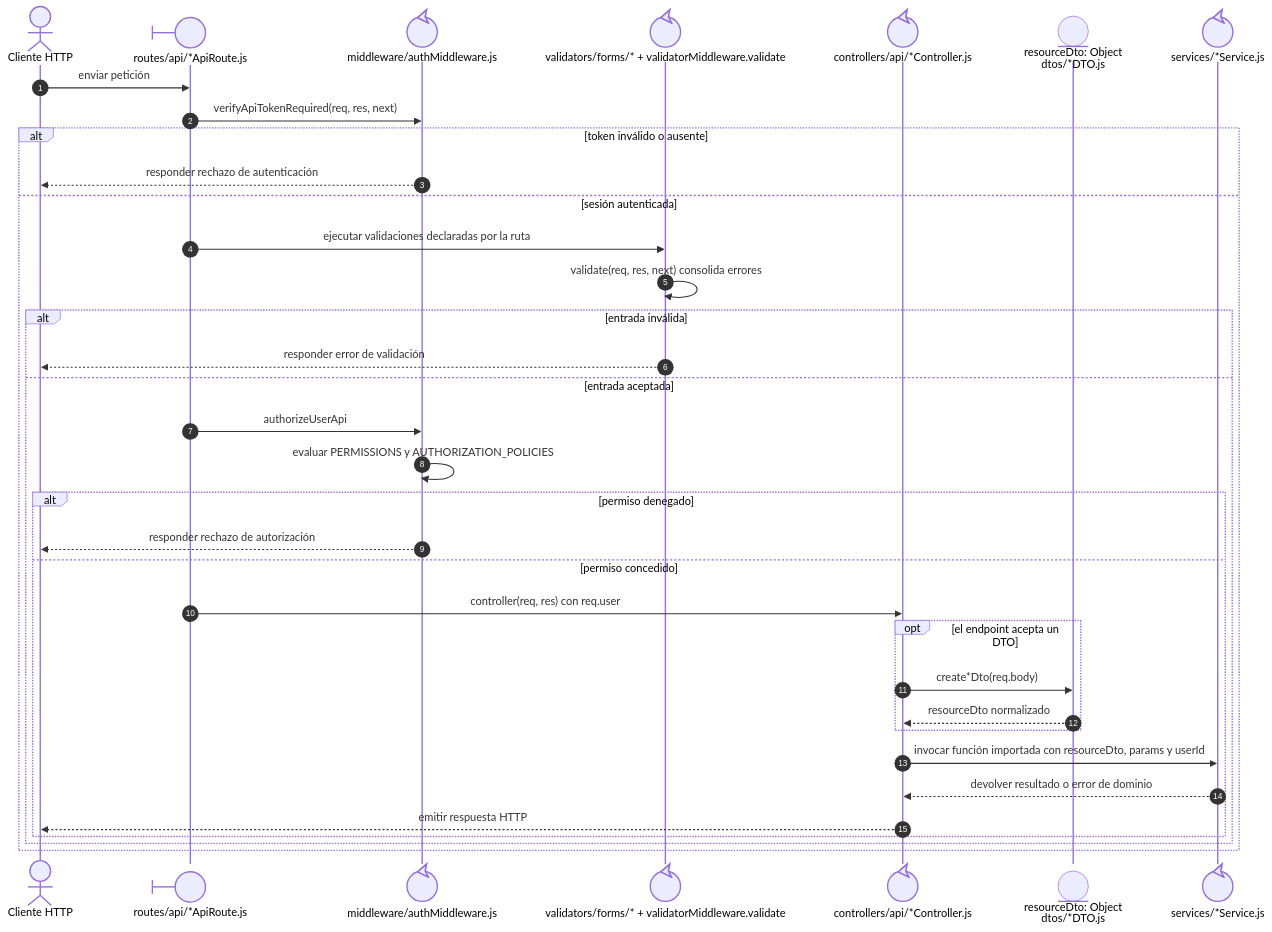
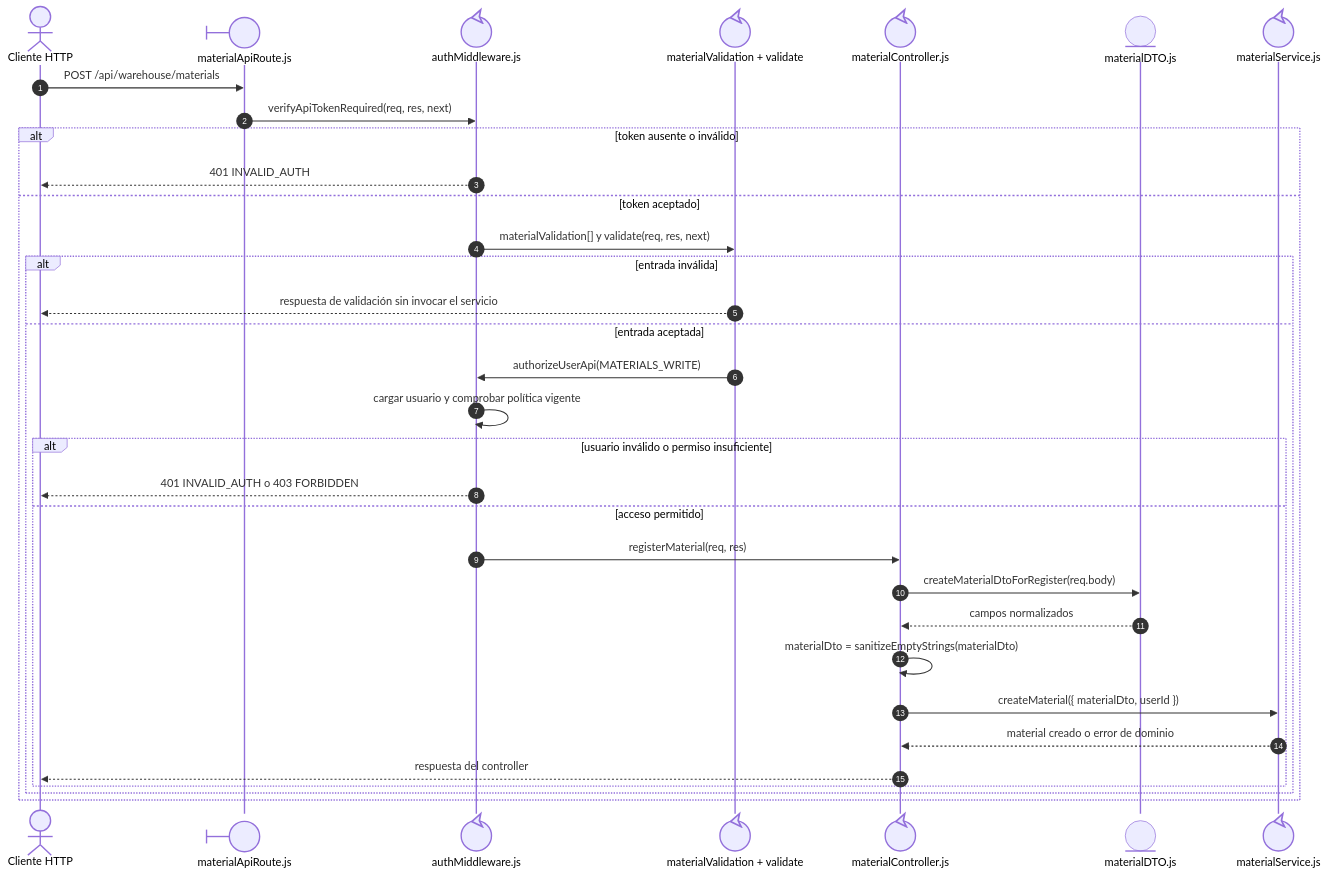
The second of 5 diagrams in docs/architecture/views/development/design-and-construction-patterns/04-catalog-visual-of-patterns-applied.md (gpgsistemas01/nexus), drawn with Mermaid before and after one commit. The commit also changed other lines of this file and 27 other files, not shown here.

````diff
--- a/docs/architecture/views/development/design-and-construction-patterns/04-catalog-visual-of-patterns-applied.md
+++ b/docs/architecture/views/development/design-and-construction-patterns/04-catalog-visual-of-patterns-applied.md
@@ -55,38 +51,36 @@
 ```mermaid
 sequenceDiagram
     autonumber
     actor Client as Cliente HTTP
-    participant Route@{ "type": "boundary" } as routes/api/*ApiRoute.js
-    participant Auth@{ "type": "control" } as middleware/authMiddleware.js
-    participant Validation@{ "type": "control" } as validators/forms/* + validatorMiddleware.validate
-    participant Controller@{ "type": "control" } as controllers/api/*Controller.js
-    participant Dto@{ "type": "entity" } as resourceDto: Object<br/>dtos/*DTO.js
-    participant Service@{ "type": "control" } as services/*Service.js
+    participant Route@{ "type": "boundary" } as materialApiRoute.js
+    participant Auth@{ "type": "control" } as authMiddleware.js
+    participant Validation@{ "type": "control" } as materialValidation + validate
+    participant Controller@{ "type": "control" } as materialController.js
+    participant Dto@{ "type": "entity" } as materialDTO.js
+    participant Service@{ "type": "control" } as materialService.js
 
-    Client->>Route: enviar petición
+    Client->>Route: POST /api/warehouse/materials
     Route->>Auth: verifyApiTokenRequired(req, res, next)
-    alt token inválido o ausente
-        Auth-->>Client: responder rechazo de autenticación
-    else sesión autenticada
-        Route->>Validation: ejecutar validaciones declaradas por la ruta
-        Validation->>Validation: validate(req, res, next) consolida errores
+    alt token ausente o inválido
+        Auth-->>Client: 401 INVALID_AUTH
+    else token aceptado
+        Auth->>Validation: materialValidation[] y validate(req, res, next)
         alt entrada inválida
-            Validation-->>Client: responder error de validación
+            Validation-->>Client: respuesta de validación sin invocar el servicio
         else entrada aceptada
-            Route->>Auth: authorizeUserApi
-            Auth->>Auth: evaluar PERMISSIONS y AUTHORIZATION_POLICIES
-            alt permiso denegado
-                Auth-->>Client: responder rechazo de autorización
-            else permiso concedido
-                Route->>Controller: controller(req, res) con req.user
-                opt el endpoint acepta un DTO
-                    Controller->>Dto: create*Dto(req.body)
-                    Dto-->>Controller: resourceDto normalizado
-                end
-                Controller->>Service: invocar función importada con resourceDto, params y userId
-                Service-->>Controller: devolver resultado o error de dominio
-                Controller-->>Client: emitir respuesta HTTP
+            Validation->>Auth: authorizeUserApi(MATERIALS_WRITE)
+            Auth->>Auth: cargar usuario y comprobar política vigente
+            alt usuario inválido o permiso insuficiente
+                Auth-->>Client: 401 INVALID_AUTH o 403 FORBIDDEN
+            else acceso permitido
+                Auth->>Controller: registerMaterial(req, res)
+                Controller->>Dto: createMaterialDtoForRegister(req.body)
+                Dto-->>Controller: campos normalizados
+                Controller->>Controller: materialDto = sanitizeEmptyStrings(materialDto)
+                Controller->>Service: createMaterial({ materialDto, userId })
+                Service-->>Controller: material creado o error de dominio
+                Controller-->>Client: respuesta del controller
             end
         end
     end
 ```
````
